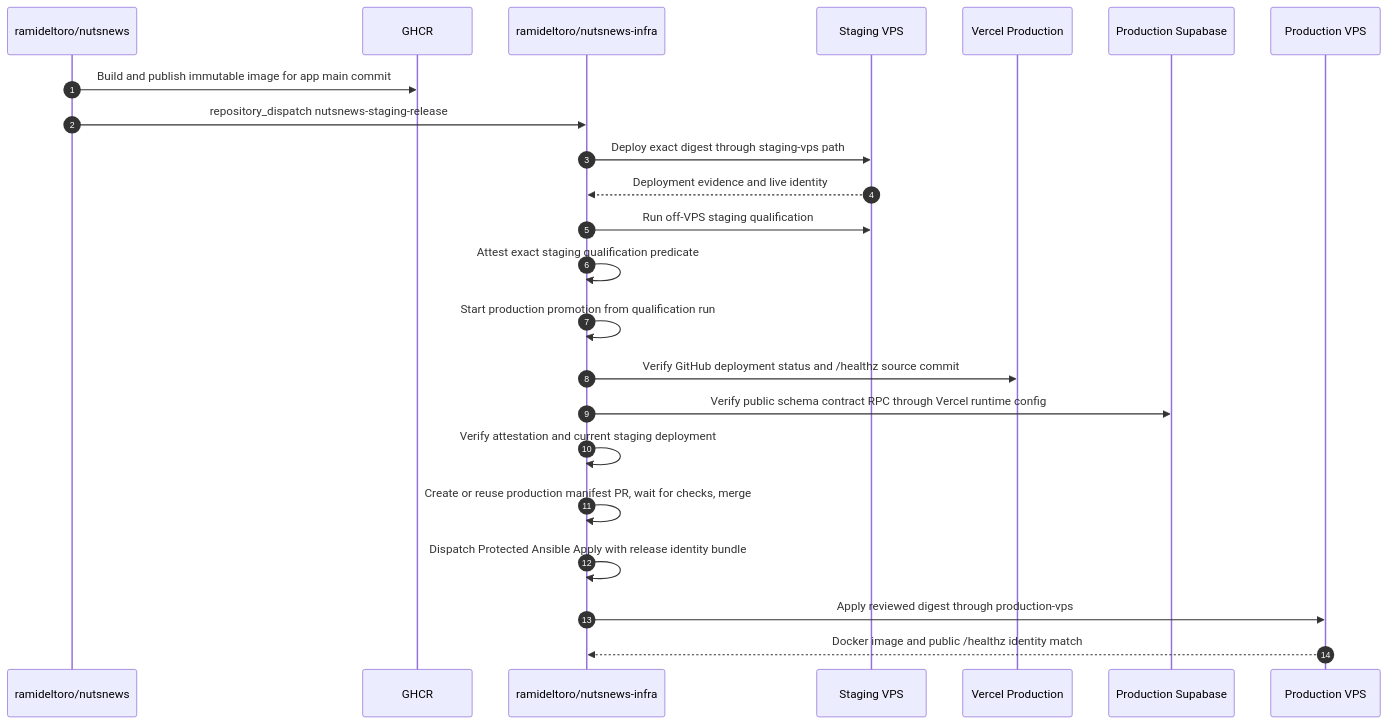
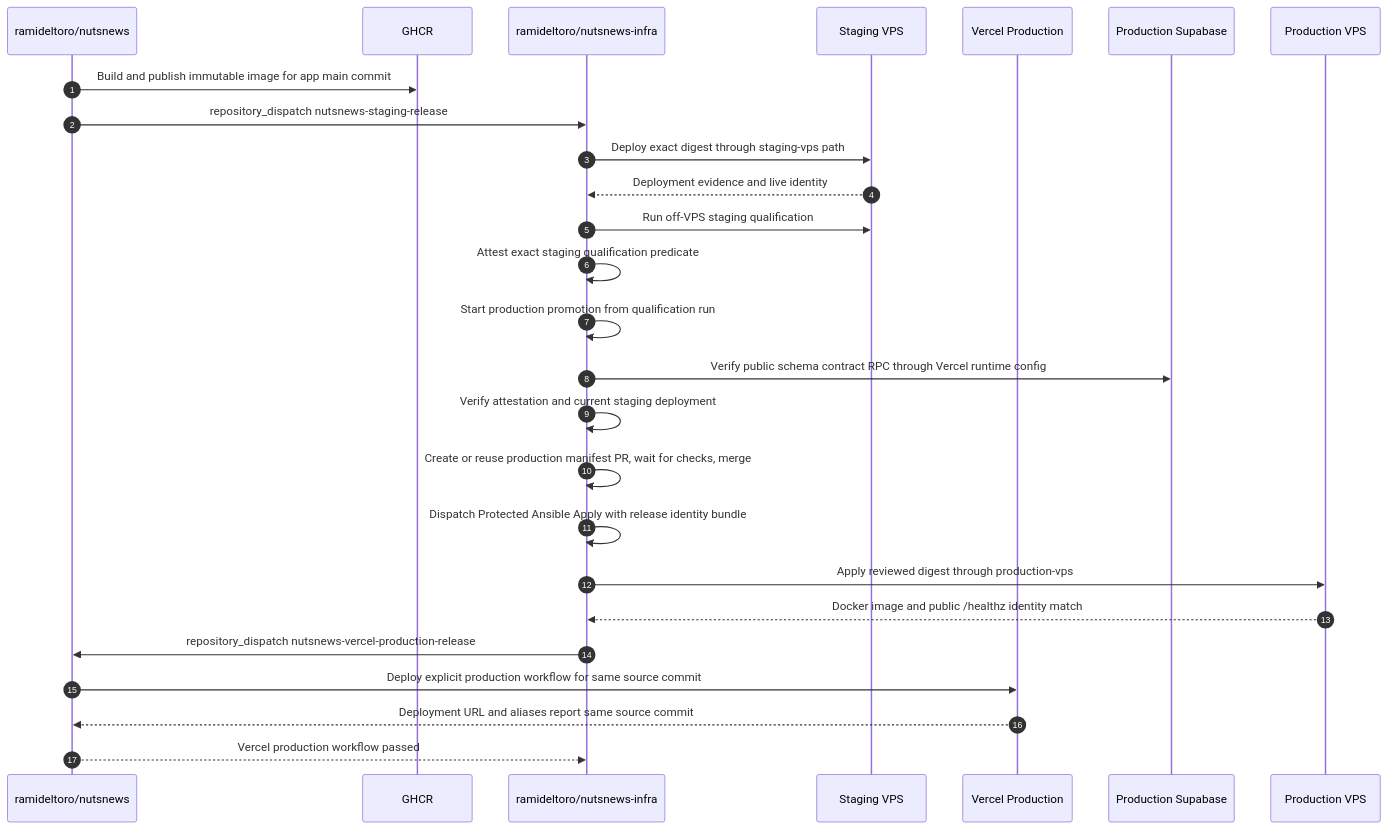
Before and after one commit to ramideltoro/nutsnews-docs: the second of 2 diagrams in NUTSNEWS_RELEASE_PIPELINE.md, drawn with Mermaid. The commit also changed other lines of this file and 1 other file, not shown here.

Commit message:
docs: update coupled release handoff

````diff
--- a/NUTSNEWS_RELEASE_PIPELINE.md
+++ b/NUTSNEWS_RELEASE_PIPELINE.md
@@ -147,26 +148,29 @@
 ```mermaid
 sequenceDiagram
   autonumber
   participant App as ramideltoro/nutsnews
   participant GHCR as GHCR
   participant Infra as ramideltoro/nutsnews-infra
   participant Stage as Staging VPS
   participant Vercel as Vercel Production
   participant Supabase as Production Supabase
   participant Prod as Production VPS
 
   App->>GHCR: Build and publish immutable image for app main commit
   App->>Infra: repository_dispatch nutsnews-staging-release
   Infra->>Stage: Deploy exact digest through staging-vps path
   Stage-->>Infra: Deployment evidence and live identity
   Infra->>Stage: Run off-VPS staging qualification
   Infra->>Infra: Attest exact staging qualification predicate
   Infra->>Infra: Start production promotion from qualification run
-  Infra->>Vercel: Verify GitHub deployment status and /healthz source commit
   Infra->>Supabase: Verify public schema contract RPC through Vercel runtime config
   Infra->>Infra: Verify attestation and current staging deployment
   Infra->>Infra: Create or reuse production manifest PR, wait for checks, merge
   Infra->>Infra: Dispatch Protected Ansible Apply with release identity bundle
   Infra->>Prod: Apply reviewed digest through production-vps
   Prod-->>Infra: Docker image and public /healthz identity match
+  Infra->>App: repository_dispatch nutsnews-vercel-production-release
+  App->>Vercel: Deploy explicit production workflow for same source commit
+  Vercel-->>App: Deployment URL and aliases report same source commit
+  App-->>Infra: Vercel production workflow passed
 ```
````
